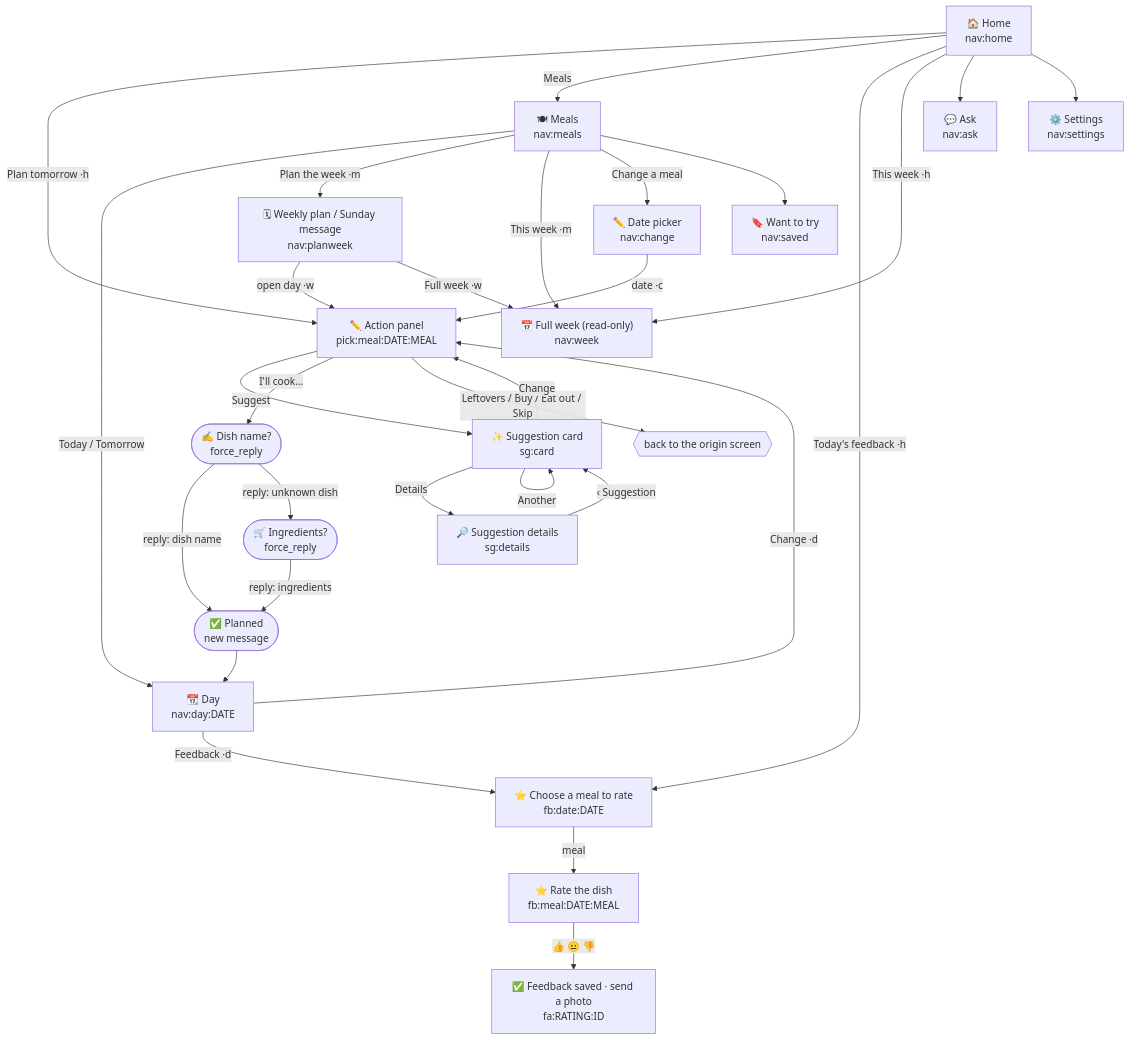
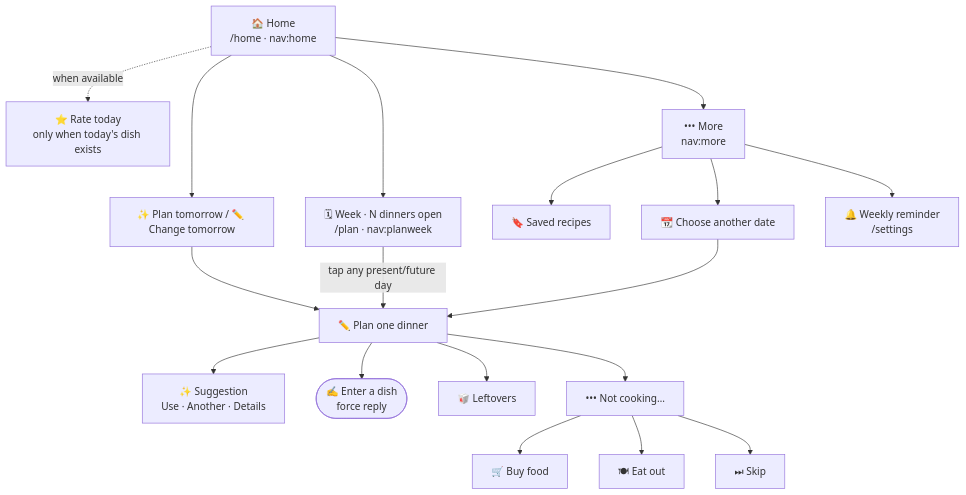
One commit to miimra/meal-planner changed the diagram in docs/menu-state-machine.md. Above: the diagram before and after it, drawn with Mermaid. The commit also changed other lines of this file and 9 other files, not shown here.

````diff
--- a/docs/menu-state-machine.md
+++ b/docs/menu-state-machine.md
@@ -35,52 +22,35 @@
 ```mermaid
 flowchart TD
-  home["🏠 Home<br/>nav:home"]
-  meals["🍽 Meals<br/>nav:meals"]
-  day["📆 Day<br/>nav:day:DATE"]
-  change["✏️ Date picker<br/>nav:change"]
-  planweek["🗓 Weekly plan / Sunday message<br/>nav:planweek"]
-  week["📅 Full week (read-only)<br/>nav:week"]
-  saved["🔖 Want to try<br/>nav:saved"]
-  ask["💬 Ask<br/>nav:ask"]
-  settings["⚙️ Settings<br/>nav:settings"]
-  action["✏️ Action panel<br/>pick:meal:DATE:MEAL"]
-  suggestion["✨ Suggestion card<br/>sg:card"]
-  details["🔎 Suggestion details<br/>sg:details"]
-  fbday["⭐ Choose a meal to rate<br/>fb:date:DATE"]
-  fbmeal["⭐ Rate the dish<br/>fb:meal:DATE:MEAL"]
-  fbsaved["✅ Feedback saved · send a photo<br/>fa:RATING:ID"]
-  ownprompt(["✍️ Dish name?<br/>force_reply"])
-  ingprompt(["🛒 Ingredients?<br/>force_reply"])
-  planned(["✅ Planned<br/>new message"])
+  home["🏠 Home<br/>/home · nav:home"]
+  tomorrow["✨ Plan tomorrow / ✏️ Change tomorrow"]
+  week["🗓 Week · N dinners open<br/>/plan · nav:planweek"]
+  feedback["⭐ Rate today<br/>only when today's dish exists"]
+  more["••• More<br/>nav:more"]
+  saved["🔖 Saved recipes"]
+  dates["📆 Choose another date"]
+  settings["🔔 Weekly reminder<br/>/settings"]
+  action["✏️ Plan one dinner"]
+  suggestion["✨ Suggestion<br/>Use · Another · Details"]
+  own(["✍️ Enter a dish<br/>force reply"])
+  leftovers["🥡 Leftovers"]
+  uncommon["••• Not cooking…"]
+  buy["🛒 Buy food"]
+  out["🍽 Eat out"]
+  skip["⏭ Skip"]
 
-  home -->|Plan tomorrow ·h| action
-  home -->|Meals| meals
-  home -->|Today's feedback ·h| fbday
-  home -->|This week ·h| week
-  home --> ask
-  home --> settings
-  meals -->|Today / Tomorrow| day
-  meals -->|Plan the week ·m| planweek
-  meals -->|This week ·m| week
-  meals -->|Change a meal| change
-  meals --> saved
-  change -->|date ·c| action
-  day -->|Change ·d| action
-  day -->|Feedback ·d| fbday
-  planweek -->|open day ·w| action
-  planweek -->|Full week ·w| week
-  action -->|Suggest| suggestion
-  action -->|I'll cook…| ownprompt
-  action -->|Leftovers / Buy / Eat out / Skip| origin{{"back to the origin screen"}}
-  suggestion -->|Details| details
-  suggestion -->|Use this| suggestion
-  suggestion -->|Another| suggestion
-  suggestion -->|Change| action
-  details -->|‹ Suggestion| suggestion
-  fbday -->|meal| fbmeal
-  fbmeal -->|👍 😐 👎| fbsaved
-  ownprompt -->|reply: dish name| planned
-  ownprompt -->|reply: unknown dish| ingprompt
-  ingprompt -->|reply: ingredients| planned
-  planned --> day
+  home --> tomorrow --> action
+  home --> week
+  home -. when available .-> feedback
+  home --> more
+  week -->|tap any present/future day| action
+  more --> saved
+  more --> dates --> action
+  more --> settings
+  action --> suggestion
+  action --> own
+  action --> leftovers
+  action --> uncommon
+  uncommon --> buy
+  uncommon --> out
+  uncommon --> skip
 ```
````
